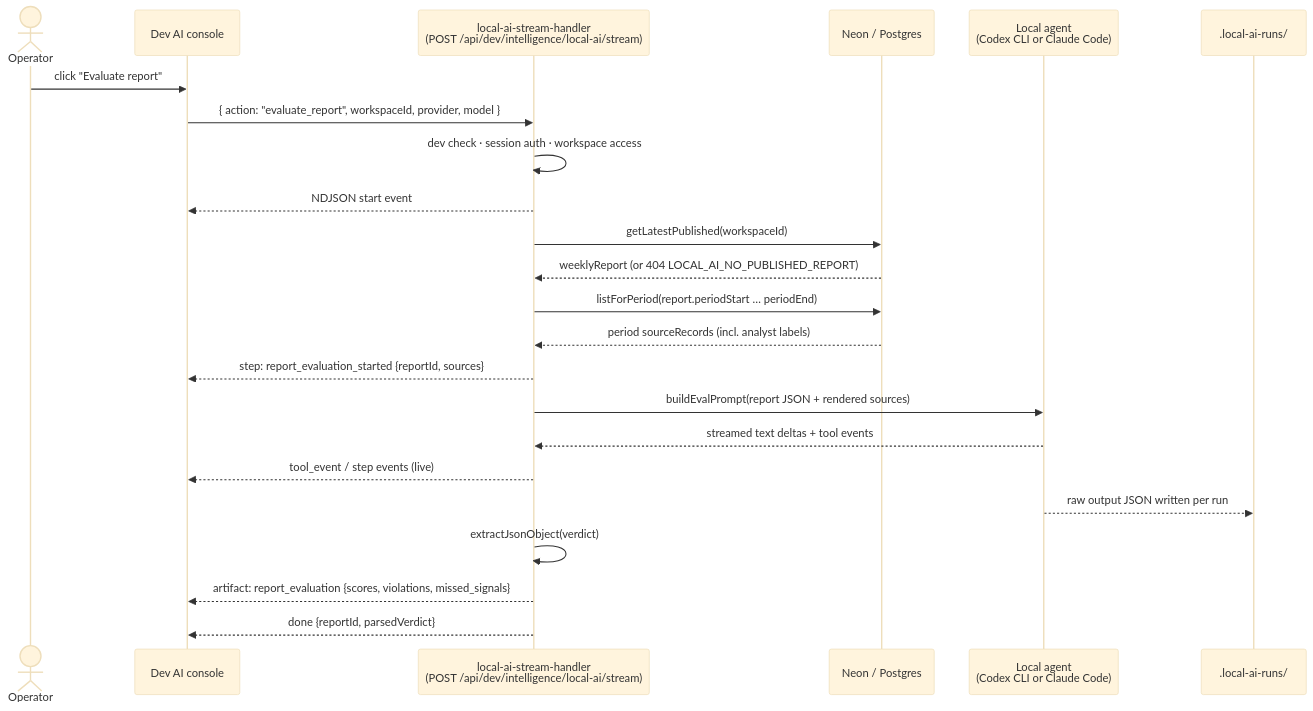
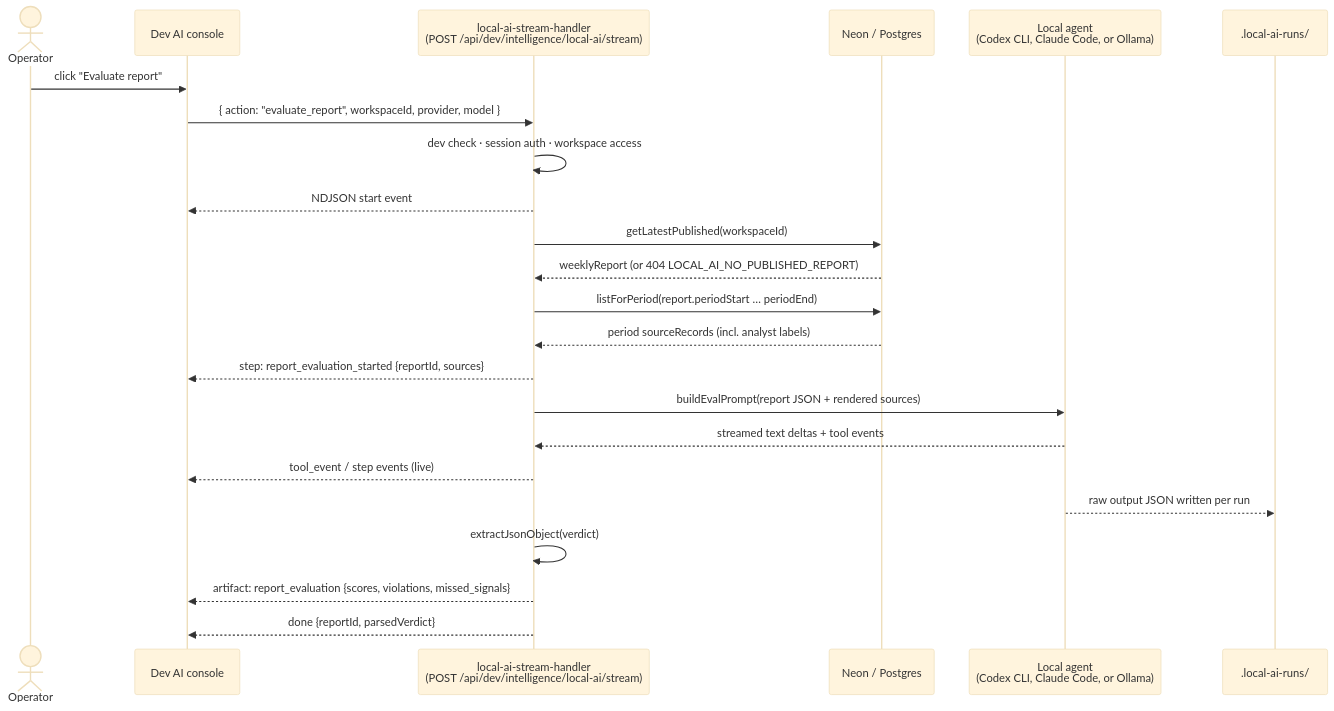
One commit to hbmartin/raffy-research changed the third of 5 diagrams in README.md. Above: the diagram before and after it, drawn with Mermaid (base theme). The commit also changed other lines of this file and 8 other files, not shown here.

````diff
--- a/README.md
+++ b/README.md
@@ -280,26 +280,26 @@
 ```mermaid
 sequenceDiagram
     actor Op as Operator
     participant UI as Dev AI console
     participant H as local-ai-stream-handler<br/>(POST /api/dev/intelligence/local-ai/stream)
     participant DB as Neon / Postgres
-    participant J as Local agent<br/>(Codex CLI or Claude Code)
+    participant J as Local agent<br/>(Codex CLI, Claude Code, or Ollama)
     participant FS as .local-ai-runs/
 
     Op->>UI: click "Evaluate report"
     UI->>H: { action: "evaluate_report", workspaceId, provider, model }
     H->>H: dev check · session auth · workspace access
     H-->>UI: NDJSON start event
     H->>DB: getLatestPublished(workspaceId)
     DB-->>H: weeklyReport (or 404 LOCAL_AI_NO_PUBLISHED_REPORT)
     H->>DB: listForPeriod(report.periodStart … periodEnd)
     DB-->>H: period sourceRecords (incl. analyst labels)
     H-->>UI: step: report_evaluation_started {reportId, sources}
     H->>J: buildEvalPrompt(report JSON + rendered sources)
     J-->>H: streamed text deltas + tool events
     H-->>UI: tool_event / step events (live)
     J-->>FS: raw output JSON written per run
     H->>H: extractJsonObject(verdict)
     H-->>UI: artifact: report_evaluation {scores, violations, missed_signals}
     H-->>UI: done {reportId, parsedVerdict}
 ```
````
